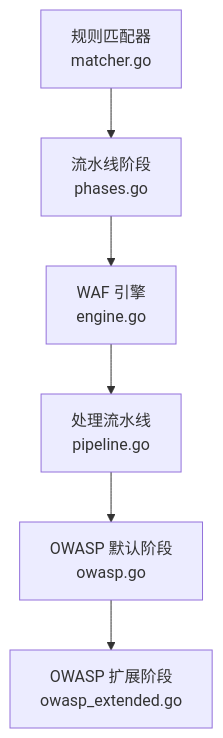
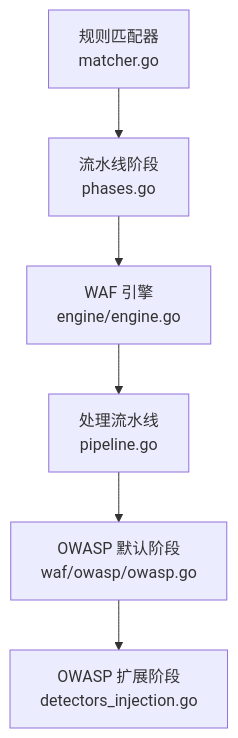
The fourth of 12 diagrams in docs/安全防护功能/OWASP 检测/基本 OWASP 规则.md (x01n/My-OpenWaf), drawn with Mermaid before and after one commit. The commit also changed other lines of this file and 622 other files, not shown here.

````diff
--- a/docs/安全防护功能/OWASP 检测/基本 OWASP 规则.md
+++ b/docs/安全防护功能/OWASP 检测/基本 OWASP 规则.md
@@ -269,14 +251,14 @@
 ```mermaid
 graph TB
-OWASP["OWASP 默认阶段<br/>owasp.go"]
-EXT["OWASP 扩展阶段<br/>owasp_extended.go"]
+OWASP["OWASP 默认阶段<br/>waf/owasp/owasp.go"]
+EXT["OWASP 扩展阶段<br/>detectors_injection.go"]
 MATCHER["规则匹配器<br/>matcher.go"]
 PHASES["流水线阶段<br/>phases.go"]
-ENGINE["WAF 引擎<br/>engine.go"]
+ENGINE["WAF 引擎<br/>engine/engine.go"]
 PIPE["处理流水线<br/>pipeline.go"]
 MATCHER --> PHASES
 PHASES --> ENGINE
 ENGINE --> PIPE
 PIPE --> OWASP
 OWASP --> EXT
 ```
````
